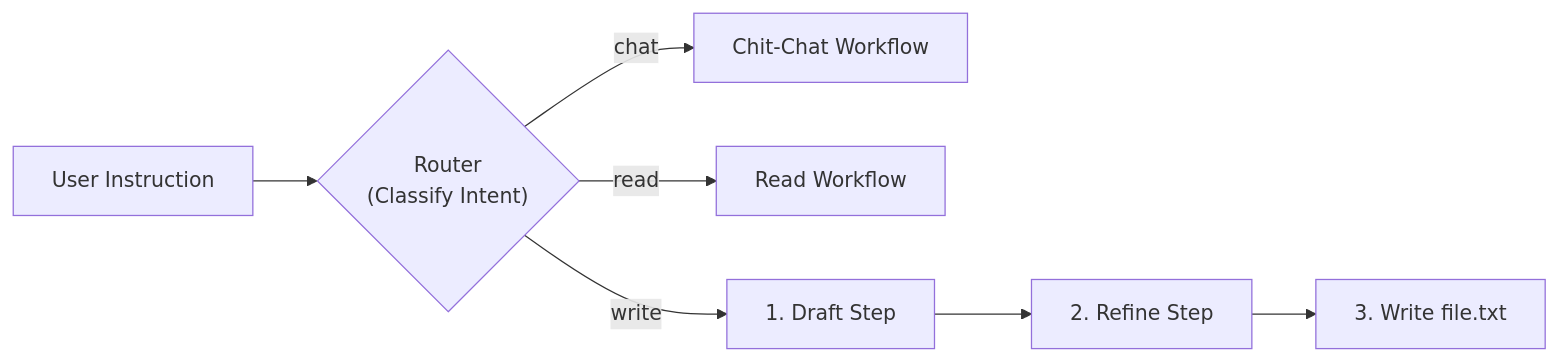
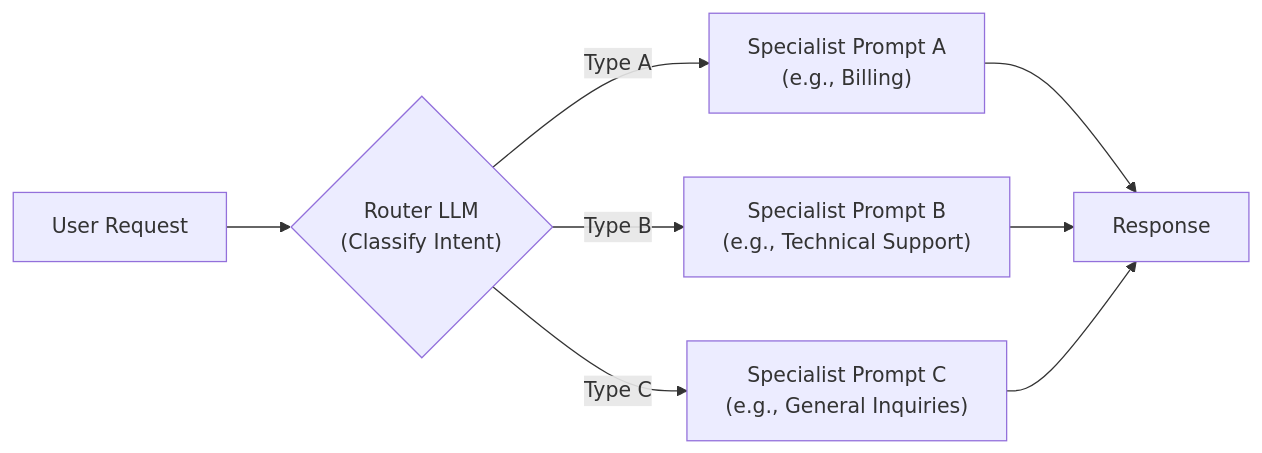
The fifth of 9 diagrams in README.md (Bouvet-deler/agent-patterns), drawn with Mermaid before and after one commit. The commit also changed other lines of this file, not shown here.

````diff
--- a/README.md
+++ b/README.md
@@ -32,7 +90,10 @@
 ```mermaid
 flowchart LR
-    Instruction["User Instruction"] --> Router{"Router<br/>(Classify Intent)"}
-    Router -->|"chat"| WChat["Chit-Chat Workflow"]
-    Router -->|"read"| WRead["Read Workflow"]
-    Router -->|"write"| Draft["1. Draft Step"] --> Refine["2. Refine Step"] --> FileWrite["3. Write file.txt"]
+    Input["User Request"] --> Router{"Router LLM<br/>(Classify Intent)"}
+    Router -->|"Type A"| HandlerA["Specialist Prompt A<br/>(e.g., Billing)"]
+    Router -->|"Type B"| HandlerB["Specialist Prompt B<br/>(e.g., Technical Support)"]
+    Router -->|"Type C"| HandlerC["Specialist Prompt C<br/>(e.g., General Inquiries)"]
+    HandlerA --> Out["Response"]
+    HandlerB --> Out
+    HandlerC --> Out
 ```
````
